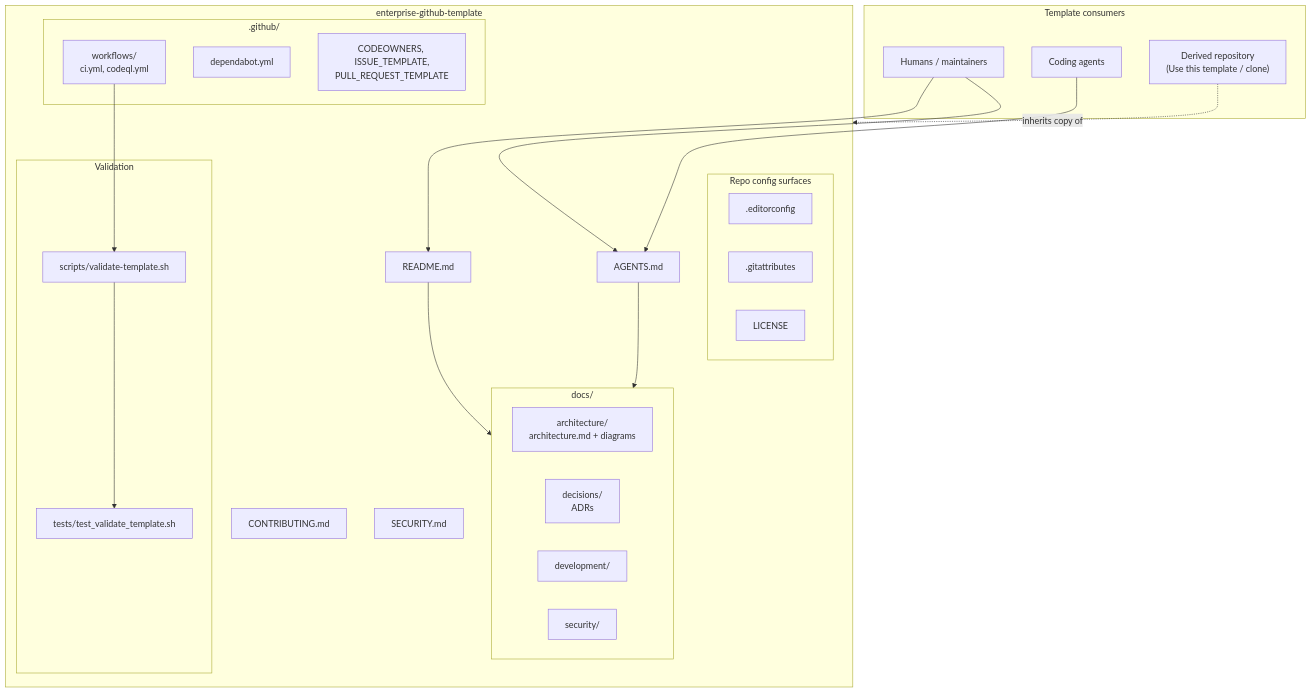
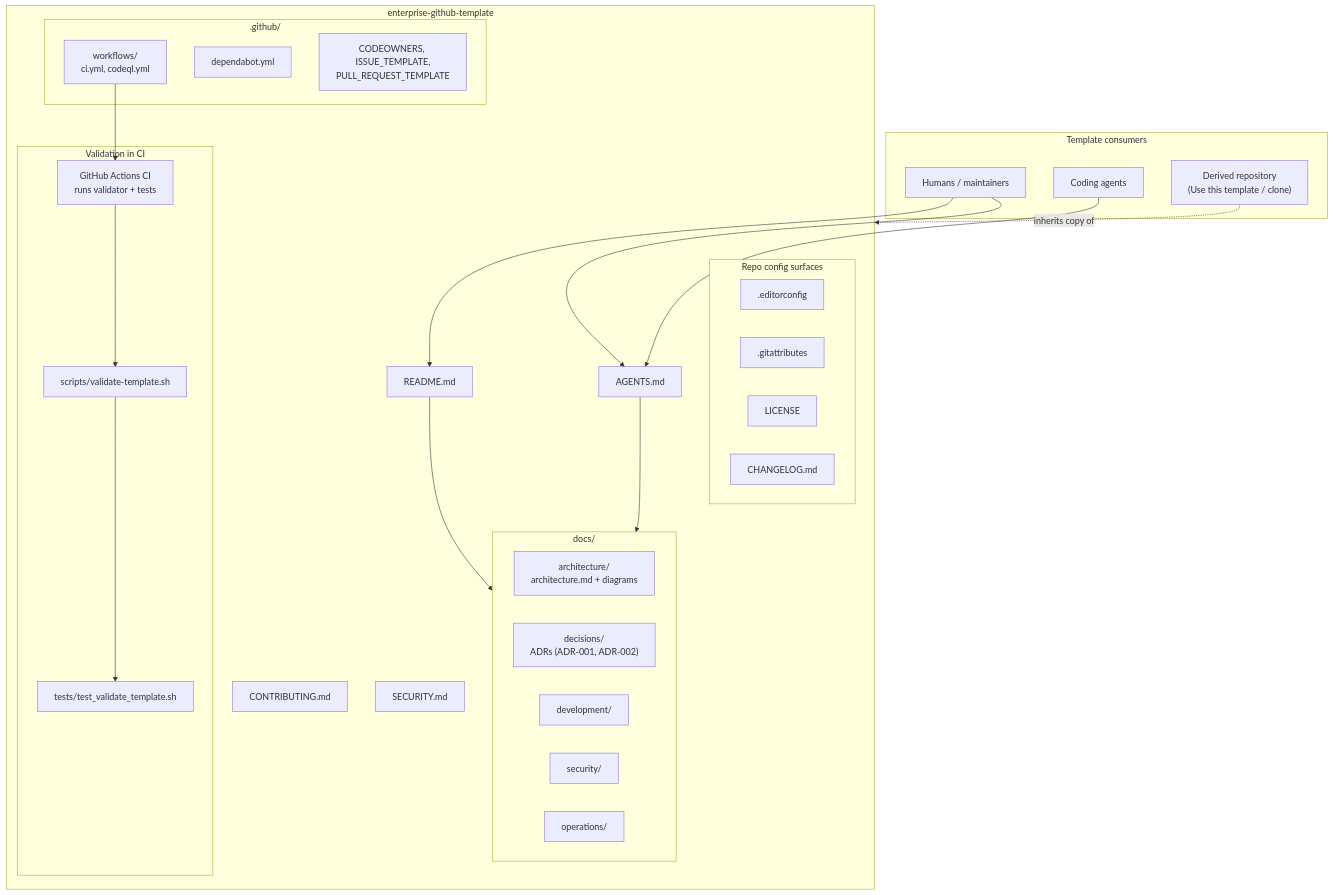
One commit to rmkr-dev/enterprise-github-template changed the diagram in docs/architecture/architecture-diagram.md. Above: the diagram before and after it, drawn with Mermaid. The commit also changed other lines of this file and 1 other file, not shown here.

Commit message:
docs: refresh architecture diagram for Actions validation path
Show CI invoking the validate script and tests; include operations docs now on main.

````diff
--- a/docs/architecture/architecture-diagram.md
+++ b/docs/architecture/architecture-diagram.md
@@ -5,48 +5,52 @@
 ```mermaid
 flowchart TB
   subgraph consumers["Template consumers"]
     Human["Humans / maintainers"]
     Agents["Coding agents"]
     Derived["Derived repository<br/>(Use this template / clone)"]
   end
 
   subgraph template["enterprise-github-template"]
     README["README.md"]
     AGENTS["AGENTS.md"]
     Contrib["CONTRIBUTING.md"]
     SecRoot["SECURITY.md"]
 
     subgraph docs["docs/"]
       Arch["architecture/<br/>architecture.md + diagrams"]
-      Dec["decisions/<br/>ADRs"]
+      Dec["decisions/<br/>ADRs (ADR-001, ADR-002)"]
       Dev["development/"]
       Sec["security/"]
+      Ops["operations/"]
     end
 
     subgraph github[".github/"]
       WF["workflows/<br/>ci.yml, codeql.yml"]
       Dep["dependabot.yml"]
       Hygiene["CODEOWNERS, ISSUE_TEMPLATE,<br/>PULL_REQUEST_TEMPLATE"]
     end
 
-    subgraph tooling["Validation"]
+    subgraph tooling["Validation in CI"]
       Script["scripts/validate-template.sh"]
       Tests["tests/test_validate_template.sh"]
+      Actions["GitHub Actions CI<br/>runs validator + tests"]
     end
 
     subgraph config["Repo config surfaces"]
       Editor[".editorconfig"]
       GitAttr[".gitattributes"]
       License["LICENSE"]
+      Changelog["CHANGELOG.md"]
     end
   end
 
   Human --> README
   Agents --> AGENTS
   Human --> AGENTS
   README --> docs
   AGENTS --> docs
-  WF --> Script
+  WF --> Actions
+  Actions --> Script
   Script --> Tests
   Derived -.->|"inherits copy of"| template
 ```
````
